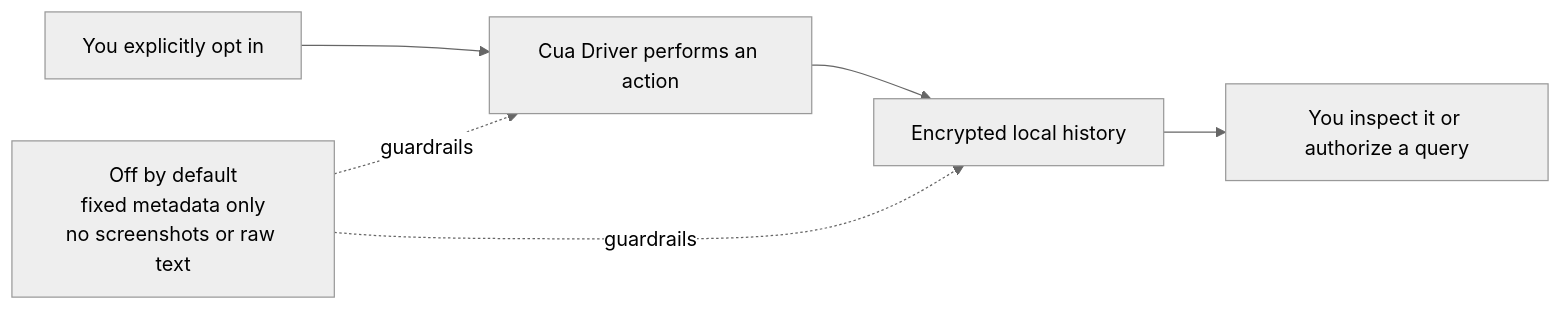
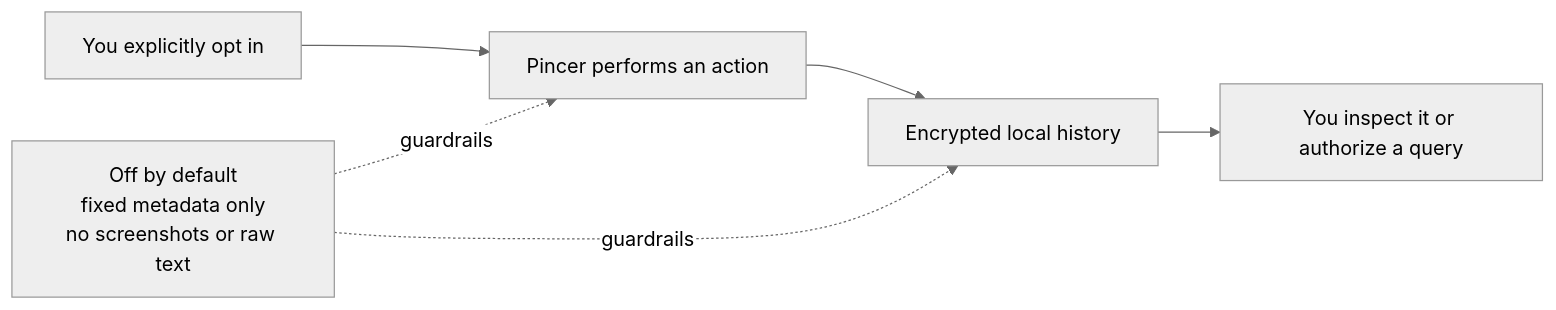
Before and after one commit to ModCritic/pincer: the second of 7 diagrams in docs/computer-history-architecture.md, drawn with Mermaid (neutral theme). The commit also changed other lines of this file and 1199 other files, not shown here.

First line of the commit message:
Rename Cua Driver to Pincer throughout

````diff
--- a/docs/computer-history-architecture.md
+++ b/docs/computer-history-architecture.md
@@ -144,9 +144,9 @@
 ```mermaid
 flowchart LR
-    U[You explicitly opt in] --> D[Cua Driver performs an action]
+    U[You explicitly opt in] --> D[Pincer performs an action]
     D --> V[Encrypted local history]
     V --> H[You inspect it or authorize a query]
 
     G[Off by default\nfixed metadata only\nno screenshots or raw text] -. guardrails .-> D
     G -. guardrails .-> V
 ```
````
